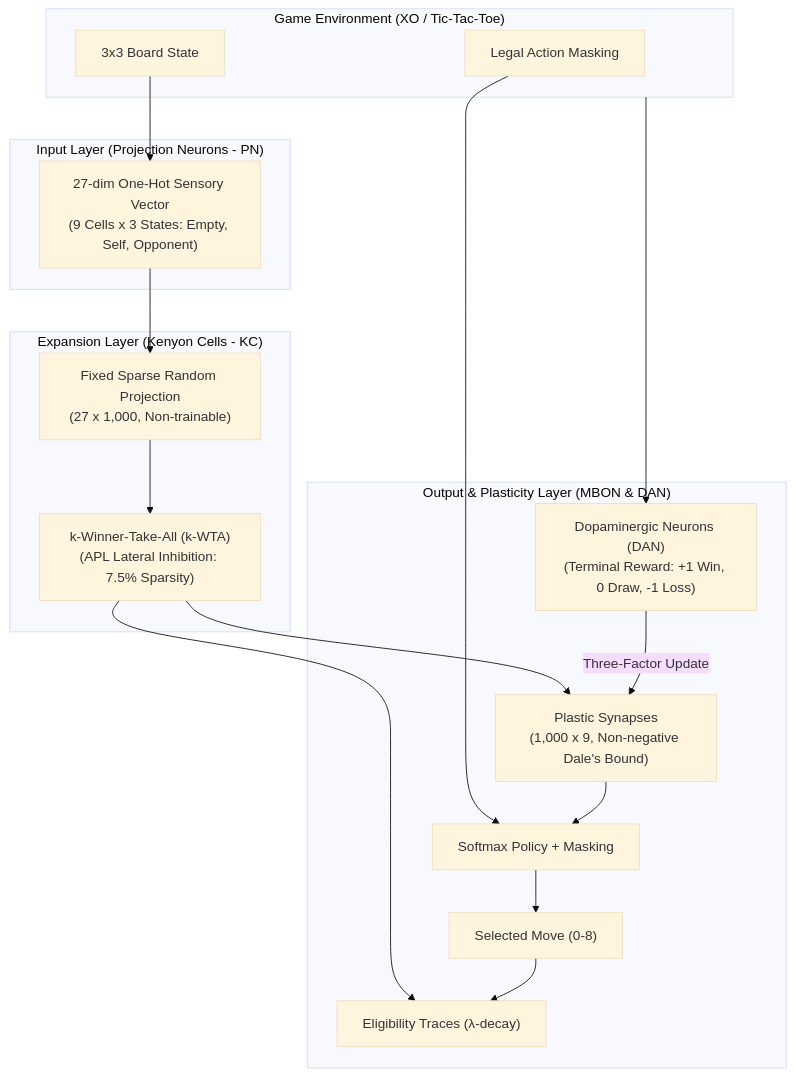
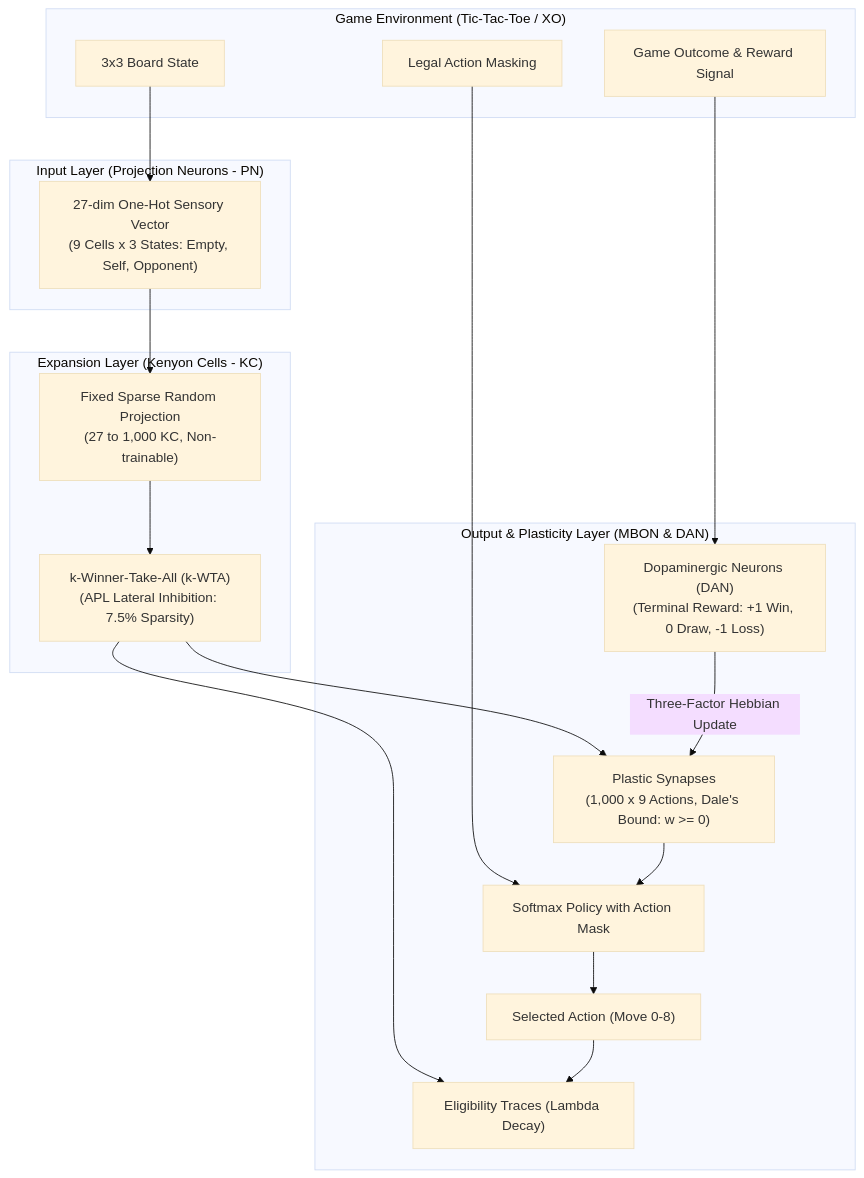
The diagram in README.md (ClusterC/mushroom-body-neural-network), drawn with Mermaid (base theme) before and after one commit. The commit also changed other lines of this file, not shown here.

Commit message:
docs: translate README to English and fix Mermaid diagram syntax

````diff
--- a/README.md
+++ b/README.md
@@ -9,34 +9,37 @@
 ```mermaid
-graph TD
-    subgraph Environment ["Game Environment (XO / Tic-Tac-Toe)"]
+flowchart TD
+    subgraph Env ["Game Environment (Tic-Tac-Toe / XO)"]
         Board["3x3 Board State"]
         Mask["Legal Action Masking"]
+        Reward["Game Outcome & Reward Signal"]
     end
 
     subgraph Sensory ["Input Layer (Projection Neurons - PN)"]
         PN["27-dim One-Hot Sensory Vector<br/>(9 Cells x 3 States: Empty, Self, Opponent)"]
     end
 
     subgraph Expansion ["Expansion Layer (Kenyon Cells - KC)"]
-        W_PN_KC["Fixed Sparse Random Projection<br/>(27 x 1,000, Non-trainable)"]
+        W_PN_KC["Fixed Sparse Random Projection<br/>(27 to 1,000 KC, Non-trainable)"]
         k_WTA["k-Winner-Take-All (k-WTA)<br/>(APL Lateral Inhibition: 7.5% Sparsity)"]
     end
 
     subgraph Output ["Output & Plasticity Layer (MBON & DAN)"]
-        W_KC_MBON["Plastic Synapses<br/>(1,000 x 9, Non-negative Dale's Bound)"]
-        Traces["Eligibility Traces (λ-decay)"]
+        W_KC_MBON["Plastic Synapses<br/>(1,000 x 9 Actions, Dale's Bound: w >= 0)"]
+        Traces["Eligibility Traces (Lambda Decay)"]
         DAN["Dopaminergic Neurons (DAN)<br/>(Terminal Reward: +1 Win, 0 Draw, -1 Loss)"]
-        Softmax["Softmax Policy + Masking"]
-        Action["Selected Move (0-8)"]
+        Softmax["Softmax Policy with Action Mask"]
+        Action["Selected Action (Move 0-8)"]
     end
 
     Board --> PN
-    PN --> W_PN_KC --> k_WTA
+    PN --> W_PN_KC
+    W_PN_KC --> k_WTA
     k_WTA --> W_KC_MBON
     k_WTA --> Traces
     Mask --> Softmax
-    W_KC_MBON --> Softmax --> Action
+    W_KC_MBON --> Softmax
+    Softmax --> Action
     Action --> Traces
-    Environment --> DAN
-    DAN -->|Three-Factor Update| W_KC_MBON
+    Reward --> DAN
+    DAN -->|Three-Factor Hebbian Update| W_KC_MBON
 ```
````
